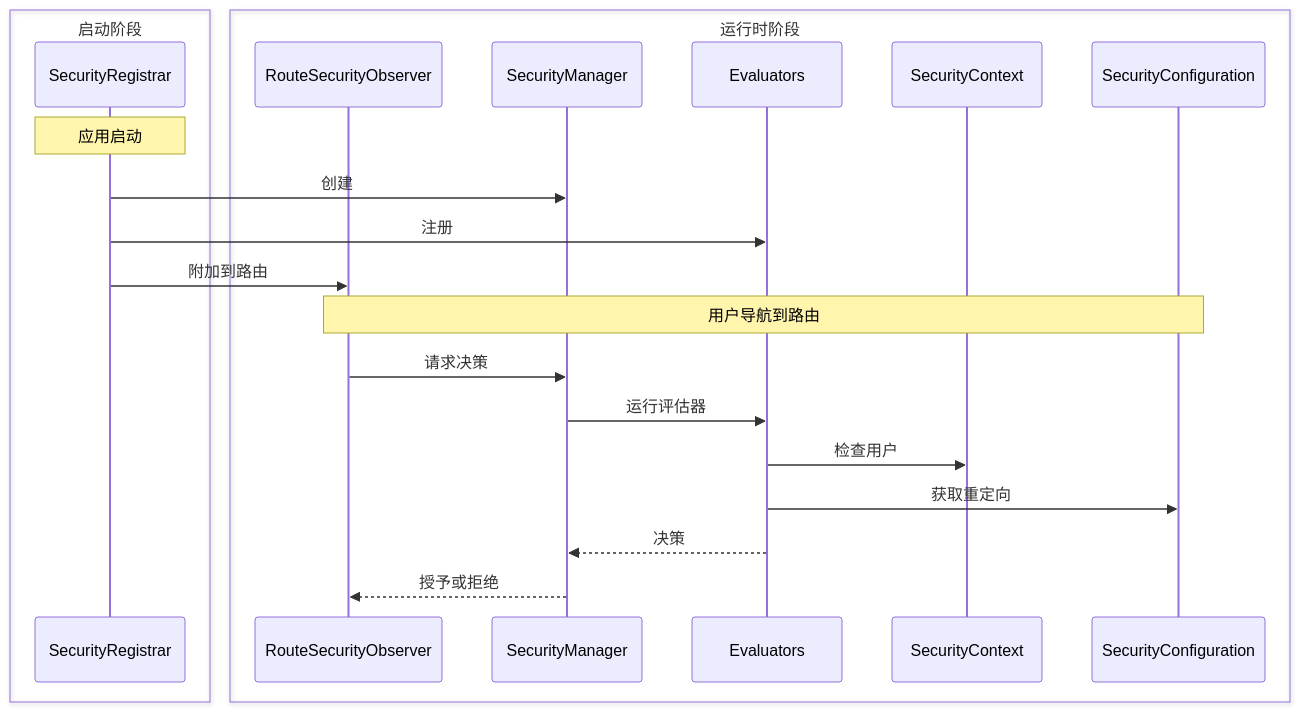
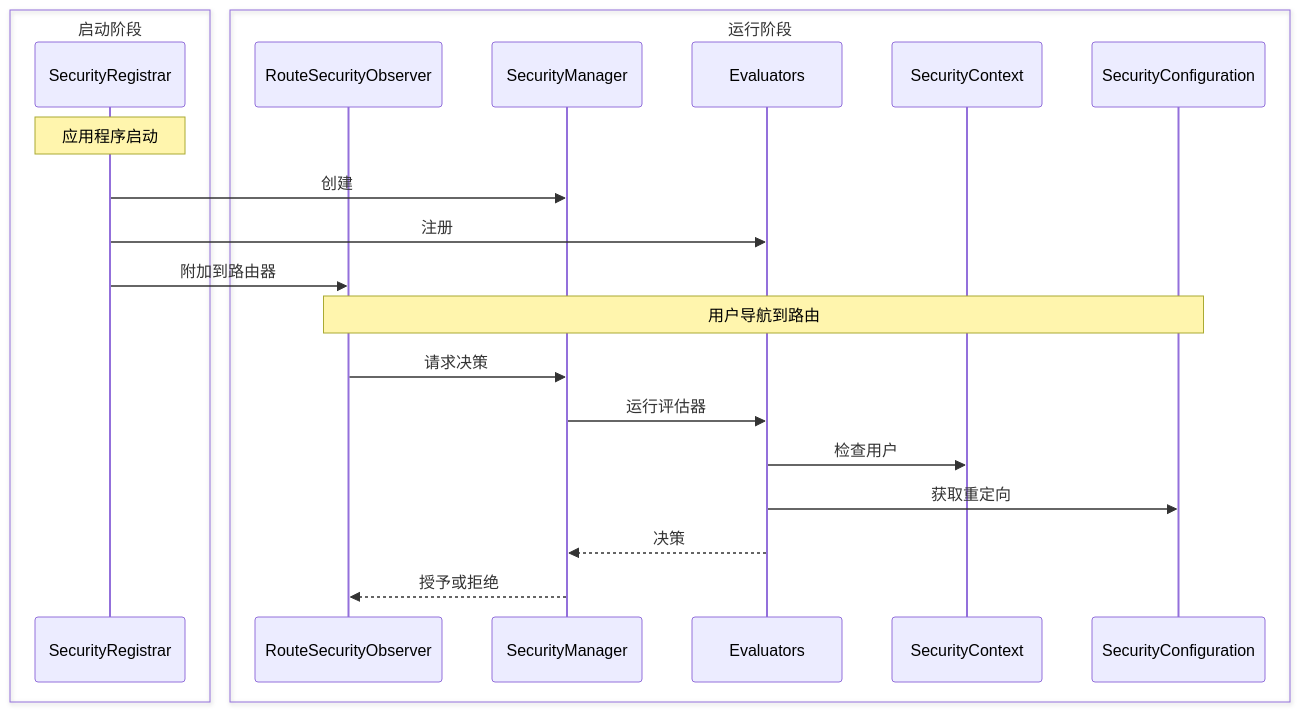
The diagram in docs/i18n/zh/docusaurus-plugin-content-docs/current/security/architecture/custom-implementation.md (webforj/webforj-documentation), drawn with Mermaid before and after one commit. The commit also changed other lines of this file and 209 other files, not shown here.

````diff
--- a/docs/i18n/zh/docusaurus-plugin-content-docs/current/security/architecture/custom-implementation.md
+++ b/docs/i18n/zh/docusaurus-plugin-content-docs/current/security/architecture/custom-implementation.md
@@ -25,26 +25,26 @@
 ```mermaid
 sequenceDiagram
     box 启动阶段
     participant Registrar as SecurityRegistrar
     end
-    box 运行时阶段
+    box 运行阶段
     participant Observer as RouteSecurityObserver
     participant Manager as SecurityManager
     participant Evaluators
     participant Context as SecurityContext
     participant Config as SecurityConfiguration
     end
 
-    Note over Registrar: 应用启动
+    Note over Registrar: 应用程序启动
     Registrar->>Manager: 创建
     Registrar->>Evaluators: 注册
-    Registrar->>Observer: 附加到路由
+    Registrar->>Observer: 附加到路由器
 
     Note over Observer,Config: 用户导航到路由
     Observer->>Manager: 请求决策
     Manager->>Evaluators: 运行评估器
     Evaluators->>Context: 检查用户
     Evaluators->>Config: 获取重定向
     Evaluators-->>Manager: 决策
     Manager-->>Observer: 授予或拒绝
 ```
````
